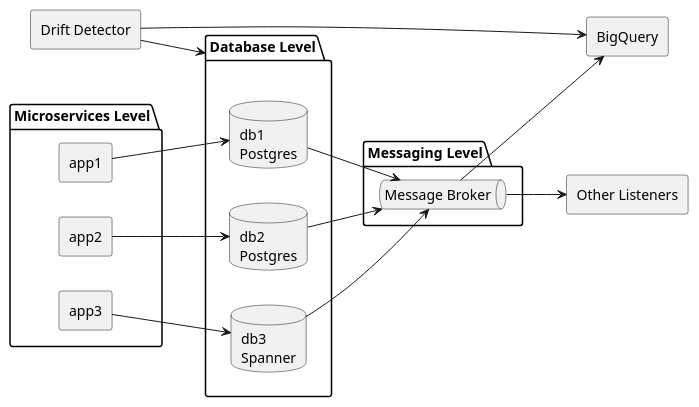
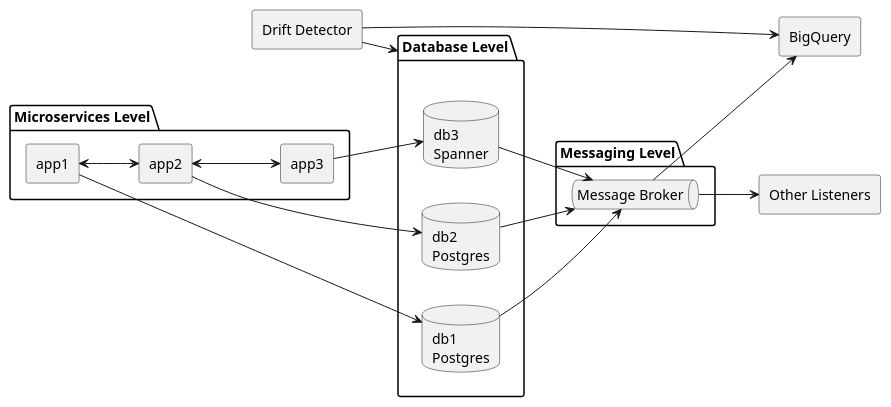
The diagram in docs/layers-overview/simplified overview-base.wsd (chinadupaya/resilient-flows-test), drawn with PlantUML before and after one commit. The commit also changed 4 other files, not shown here.

```diff
--- a/docs/layers-overview/simplified overview-base.wsd
+++ b/docs/layers-overview/simplified overview-base.wsd
@@ -1,129 +1,135 @@
 @startuml high-level-diagram
 left to right direction
 skinparam componentStyle rectangle
 
 ' =========================
 ' Microservices Level
 ' =========================
 package "Microservices Level" {
   component "app1" as app1
   component "app2" as app2
   component "app3" as app3
 
   ' component "<size:20><&book>App Log 1<&book></size>" as appLog1
   ' component "<size:20><&book>App Log 2<&book></size>" as appLog2
   ' component "<size:20><&book>App Log 3<&book></size>" as appLog3
 
   
 }
 
 ' =========================
 ' Durable Workflows Level
 ' =========================
 ' package "Durable Workflows Level" {
 '   component "Durable Workflows\nEngine" as temporal
 ' }
 
 ' =========================
 ' Database Level
 ' =========================
 package "Database Level" as dbLevel{
   database "db1\nPostgres" as db1
   database "db2\nPostgres" as db2
   database "db3\nSpanner" as db3
 
   ' component "<size:20><&book>DB Log 1<&book></size>" as dbLog1
   ' component "<size:20><&book>DB Log 2<&book></size>" as dbLog2
   ' component "<size:20><&book>DB Log 3<&book></size>" as dbLog3
 }
 
 ' =========================
 ' Messaging Level
 ' =========================
 package "Messaging Level" {
   queue "Message Broker" as kafka
 }
 
 ' =========================
 ' CDC Level
 ' =========================
 ' package "CDC Level" {
   ' component "CDC Connector" as cdcConnector 
 ' }
 
 component "Drift Detector" as driftDetector
 
 ' =========================
 ' External Consumers
 ' =========================
 component "BigQuery" as bigquery
 component "Other Listeners" as listeners
 
 ' =========================
 ' Observability
 ' =========================
 ' package "Observability Level" {
 '   component "Dashboards" as dashboards
 '   component "Logs" as logs
 '   component "Metrics" as metrics
 ' }
 
 ' =========================
 ' App -> DurableState writes
 ' =========================
 
 ' app1 --> appLog1
 ' app2 --> appLog2
 ' app3 --> appLog3
 
 ' =========================
+' App -> App communication
+' =========================
+app1 <--> app2
+app2 <--> app3
+
+' =========================
 ' App -> DB writes
 ' =========================
 app1 --> db1
 app2 --> db2
 app3 --> db3
 
 
 ' =========================
 ' DB -> Log writes
 ' =========================
 ' db1 --> dbLog1
 ' db2 --> dbLog2
 ' db3 --> dbLog3
 
 ' =========================
 ' CDC reads DB changes
 ' =========================
 ' dbLog1 --> cdcConnector : (2) receive changes
 ' dbLog2 --> cdcConnector : (2) receive changes
 ' dbLog3 --> cdcConnector : (2) receive changes
 
 
 ' =========================
 ' Drift Detector Accepts events
 ' =========================
 driftDetector --> dbLevel
 driftDetector --> bigquery
 
 ' =========================
 ' CDC -> Kafka
 ' =========================
 db1 --> kafka
 db2 --> kafka
 db3 --> kafka
 
 ' =========================
 ' Kafka -> Consumers
 ' =========================
 kafka --> bigquery
 kafka --> listeners
 ' kafka --> temporal : (4) receive events
 
 ' =========================
 ' Workflow -> Apps
 ' =========================
 ' temporal <-- appLog1 : (5) persist transactions
 ' temporal <-- appLog2 : (5) persist transactions
 ' temporal <-- appLog3 : (5) persist transactions
 
 @enduml
```
